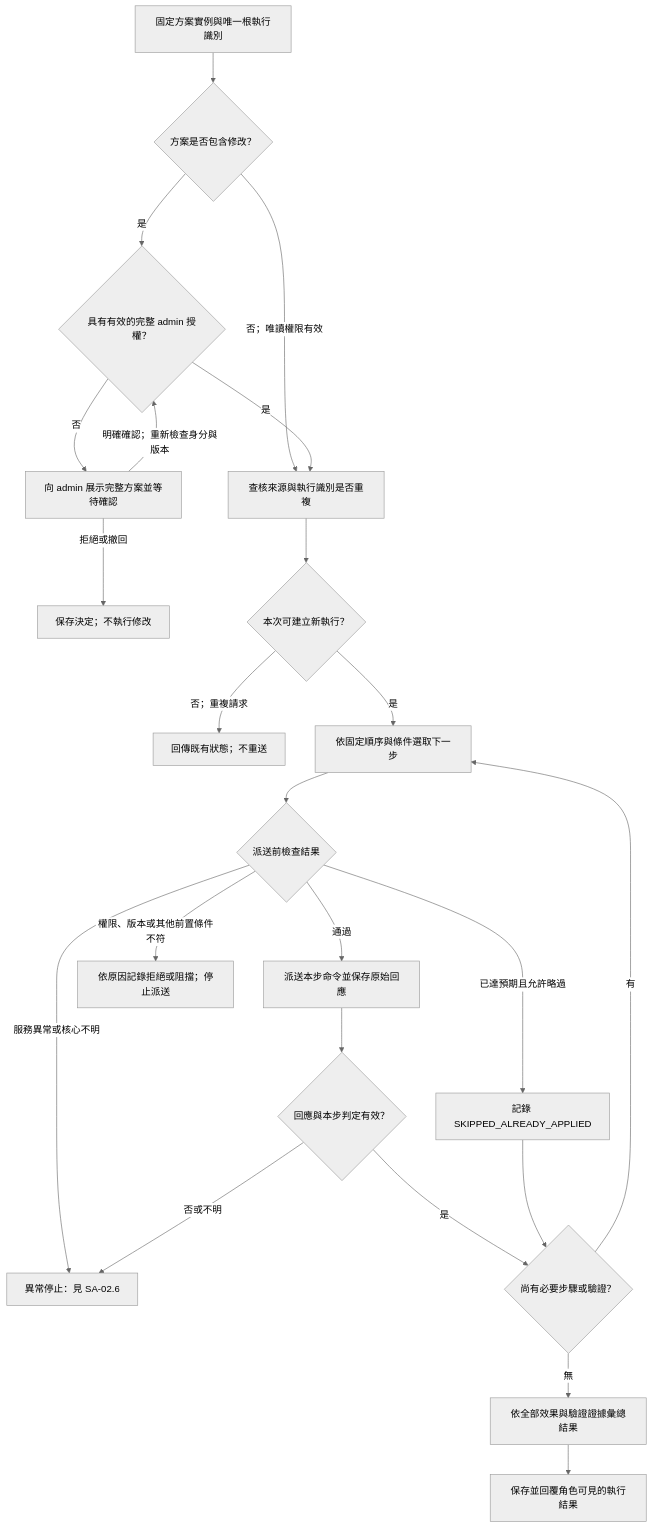
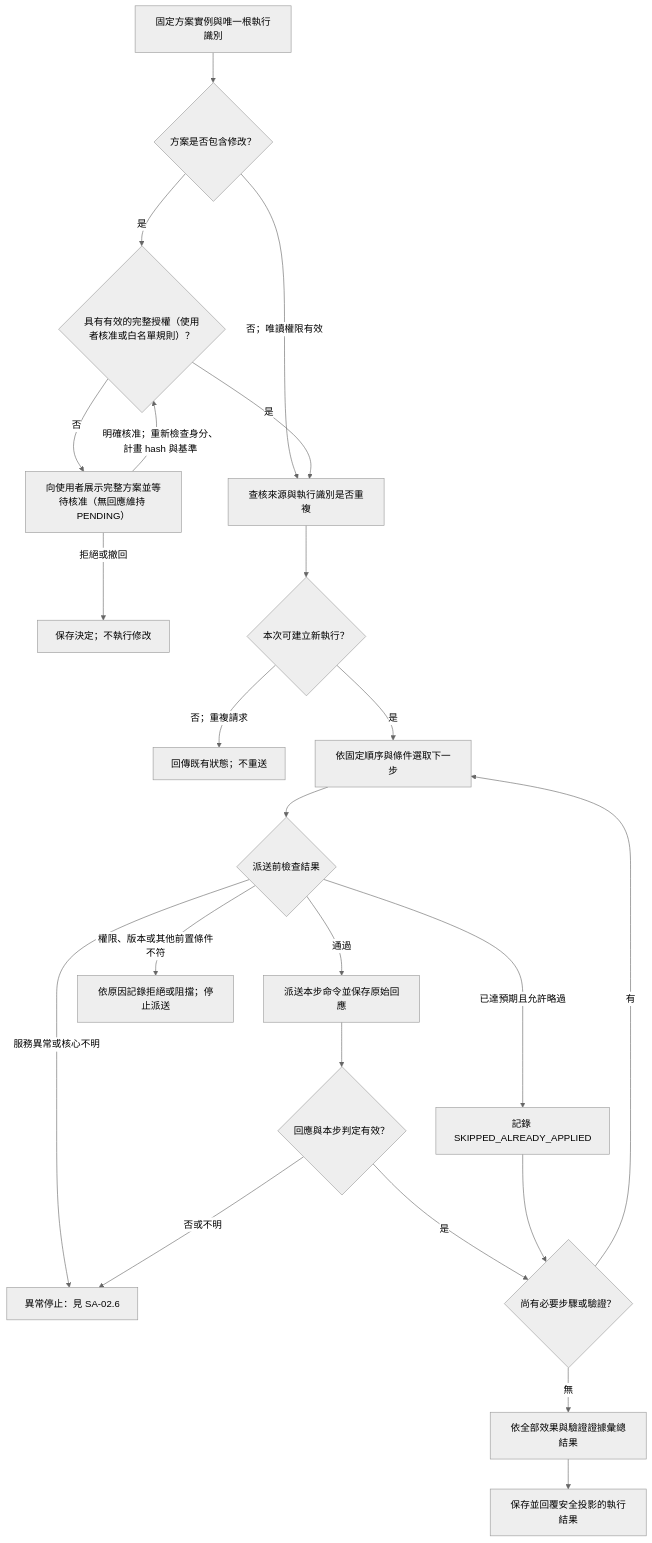
Before and after one commit to lancehuang58/ai-devops-platform: the second of 6 diagrams in doc/specifications/DevOps_智慧維運應用系統分析規格書_草案.md, drawn with Mermaid (neutral theme). The commit also changed other lines of this file, not shown here.

````diff
--- a/doc/specifications/DevOps_智慧維運應用系統分析規格書_草案.md
+++ b/doc/specifications/DevOps_智慧維運應用系統分析規格書_草案.md
@@ -184,25 +177,25 @@
 ```mermaid
 flowchart TD
     A["固定方案實例與唯一根執行識別"] --> B{"方案是否包含修改？"}
     B -->|否；唯讀權限有效| E["查核來源與執行識別是否重複"]
-    B -->|是| C{"具有有效的完整 admin 授權？"}
+    B -->|是| C{"具有有效的完整授權（使用者核准或白名單規則）？"}
     C -->|是| E
-    C -->|否| D["向 admin 展示完整方案並等待確認"]
-    D -->|明確確認；重新檢查身分與版本| C
+    C -->|否| D["向使用者展示完整方案並等待核准（無回應維持 PENDING）"]
+    D -->|明確核准；重新檢查身分、計畫 hash 與基準| C
     D -->|拒絕或撤回| R["保存決定；不執行修改"]
     E --> U{"本次可建立新執行？"}
     U -->|否；重複請求| V["回傳既有狀態；不重送"]
     U -->|是| F["依固定順序與條件選取下一步"]
     F --> G{"派送前檢查結果"}
     G -->|通過| X["派送本步命令並保存原始回應"]
     G -->|已達預期且允許略過| S["記錄 SKIPPED_ALREADY_APPLIED"]
     G -->|服務異常或核心不明| H["異常停止：見 SA-02.6"]
     G -->|權限、版本或其他前置條件不符| O["依原因記錄拒絕或阻擋；停止派送"]
     X --> Y{"回應與本步判定有效？"}
     Y -->|否或不明| H
     Y -->|是| N{"尚有必要步驟或驗證？"}
     S --> N
     N -->|有| F
     N -->|無| Z["依全部效果與驗證證據彙總結果"]
-    Z --> P["保存並回覆角色可見的執行結果"]
+    Z --> P["保存並回覆安全投影的執行結果"]
 ```
````
